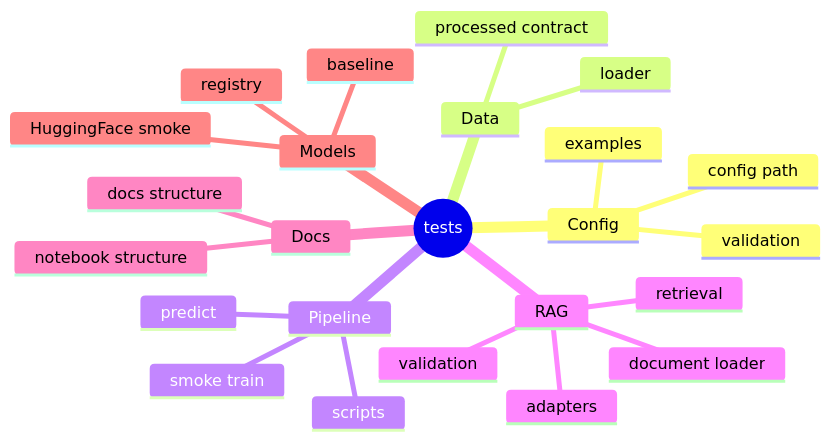
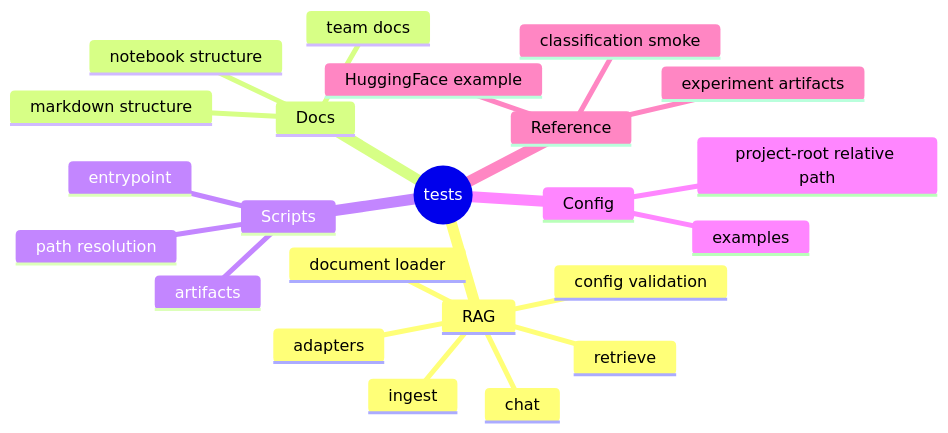
The diagram in tests/README.md (Codeit-Part3-6Team/Codeit-Part3-6Team-Project), drawn with Mermaid before and after one commit. The commit also changed other lines of this file and 5 other files, not shown here.

````diff
--- a/tests/README.md
+++ b/tests/README.md
@@ -7,27 +8,26 @@
 ```mermaid
 mindmap
   root((tests))
+    RAG
+      config validation
+      document loader
+      ingest
+      retrieve
+      chat
+      adapters
+    Docs
+      team docs
+      markdown structure
+      notebook structure
+    Scripts
+      entrypoint
+      path resolution
+      artifacts
     Config
-      config path
-      validation
+      project-root relative path
       examples
-    Data
-      processed contract
-      loader
-    Pipeline
-      smoke train
-      predict
-      scripts
-    RAG
-      document loader
-      adapters
-      retrieval
-      validation
-    Docs
-      docs structure
-      notebook structure
-    Models
-      registry
-      baseline
-      HuggingFace smoke
+    Reference
+      classification smoke
+      HuggingFace example
+      experiment artifacts
 ```
````
